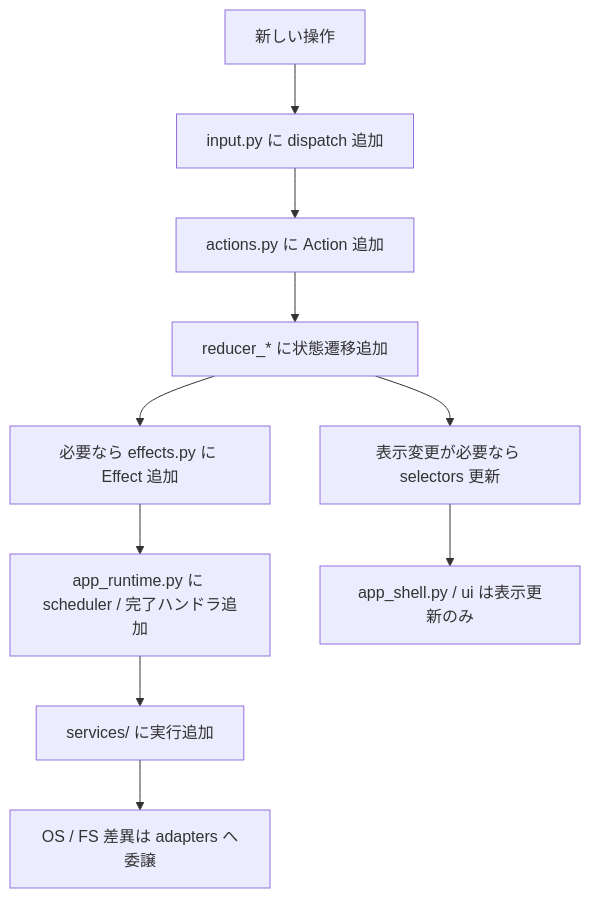
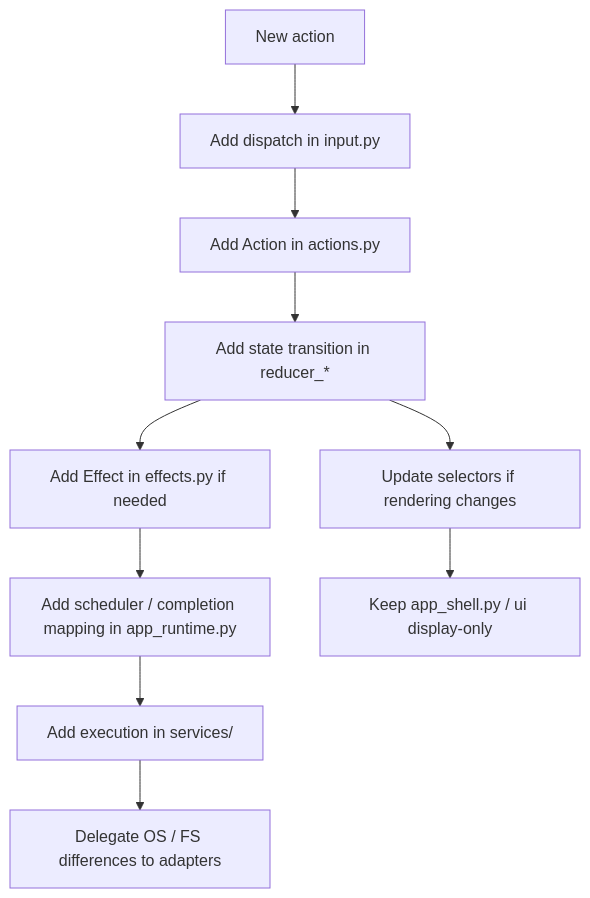
Before and after one commit to devgamesan/plain: the fourth of 4 diagrams in docs/architecture.md, drawn with Mermaid. The commit also changed other lines of this file and 24 other files, not shown here.

````diff
--- a/docs/architecture.md
+++ b/docs/architecture.md
@@ -387,12 +388,12 @@
 ```mermaid
 flowchart TD
-    Key["新しい操作"] --> Input["input.py に dispatch 追加"]
-    Input --> Action["actions.py に Action 追加"]
-    Action --> Reducer["reducer_* に状態遷移追加"]
-    Reducer --> Effect["必要なら effects.py に Effect 追加"]
-    Effect --> Runtime["app_runtime.py に scheduler / 完了ハンドラ追加"]
-    Runtime --> Service["services/ に実行追加"]
-    Service --> Adapter["OS / FS 差異は adapters へ委譲"]
-    Reducer --> Selector["表示変更が必要なら selectors 更新"]
-    Selector --> Shell["app_shell.py / ui は表示更新のみ"]
+    Key["New action"] --> Input["Add dispatch in input.py"]
+    Input --> Action["Add Action in actions.py"]
+    Action --> Reducer["Add state transition in reducer_*"]
+    Reducer --> Effect["Add Effect in effects.py if needed"]
+    Effect --> Runtime["Add scheduler / completion mapping in app_runtime.py"]
+    Runtime --> Service["Add execution in services/"]
+    Service --> Adapter["Delegate OS / FS differences to adapters"]
+    Reducer --> Selector["Update selectors if rendering changes"]
+    Selector --> Shell["Keep app_shell.py / ui display-only"]
 ```
````
